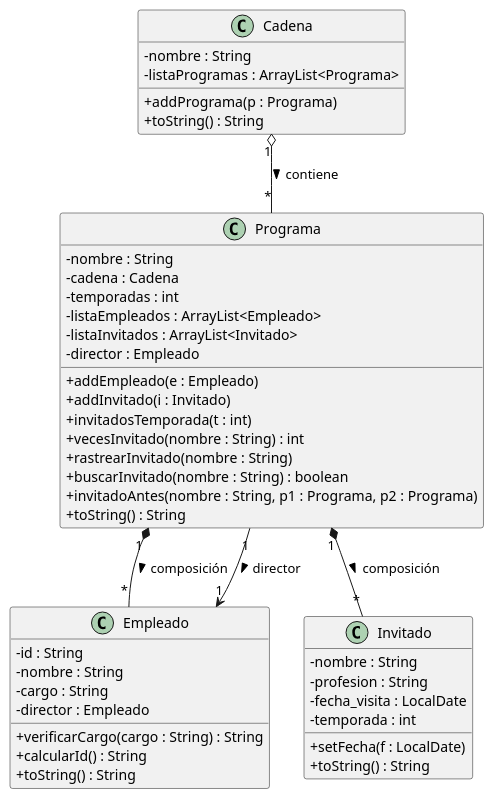
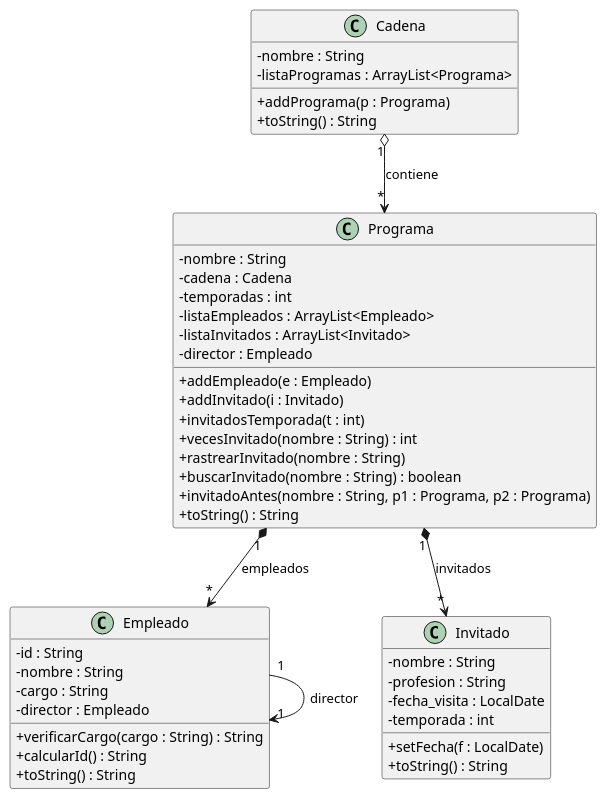
Before and after one commit to Kaik180/Repaso-Trimestre2: the diagram in POO_1dam/src/main/java/org/example/Practica1/Practica1.puml, drawn with PlantUML. The commit also changed 7 other files, not shown here.

```diff
--- a/POO_1dam/src/main/java/org/example/Practica1/Practica1.puml
+++ b/POO_1dam/src/main/java/org/example/Practica1/Practica1.puml
@@ -1,59 +1,60 @@
 @startuml
 
 skinparam classAttributeIconSize 0
 
 ' ===== CLASE CADENA =====
 class Cadena {
     - nombre : String
     - listaProgramas : ArrayList<Programa>
     + addPrograma(p : Programa)
     + toString() : String
 }
 
 ' ===== CLASE PROGRAMA =====
 class Programa {
     - nombre : String
     - cadena : Cadena
     - temporadas : int
     - listaEmpleados : ArrayList<Empleado>
     - listaInvitados : ArrayList<Invitado>
     - director : Empleado
     + addEmpleado(e : Empleado)
     + addInvitado(i : Invitado)
     + invitadosTemporada(t : int)
     + vecesInvitado(nombre : String) : int
     + rastrearInvitado(nombre : String)
     + buscarInvitado(nombre : String) : boolean
     + invitadoAntes(nombre : String, p1 : Programa, p2 : Programa)
     + toString() : String
 }
 
 ' ===== CLASE EMPLEADO =====
 class Empleado {
     - id : String
     - nombre : String
     - cargo : String
     - director : Empleado
     + verificarCargo(cargo : String) : String
     + calcularId() : String
     + toString() : String
 }
 
 ' ===== CLASE INVITADO =====
 class Invitado {
     - nombre : String
     - profesion : String
     - fecha_visita : LocalDate
     - temporada : int
     + setFecha(f : LocalDate)
     + toString() : String
 }
 
-' ===== RELACIONES =====
+Cadena "1" o--> "*" Programa : contiene
 
-Cadena "1" o-- "*" Programa : contiene >
-Programa "1" *-- "*" Empleado : composición >
-Programa "1" *-- "*" Invitado : composición >
-Programa "1" --> "1" Empleado : director >
+Programa "1" *--> "*" Empleado : empleados
+
+Programa "1" *--> "*" Invitado : invitados
+
+Empleado "1" --> "1" Empleado : director
 
 @enduml
```
